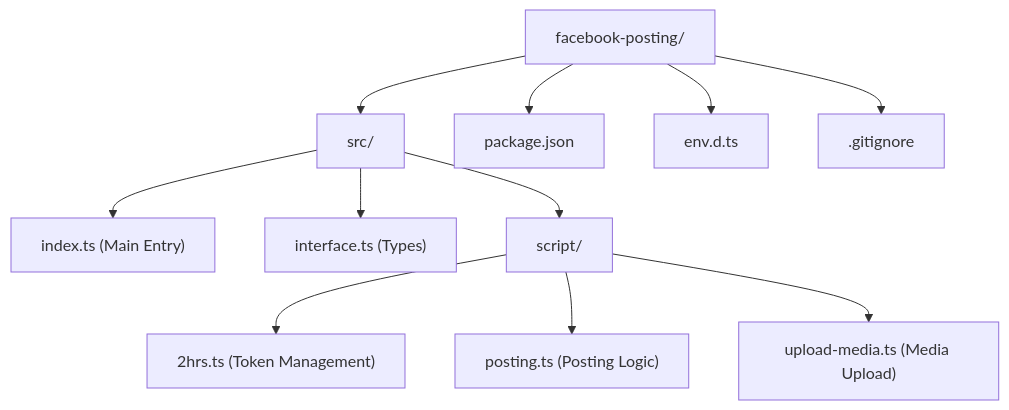
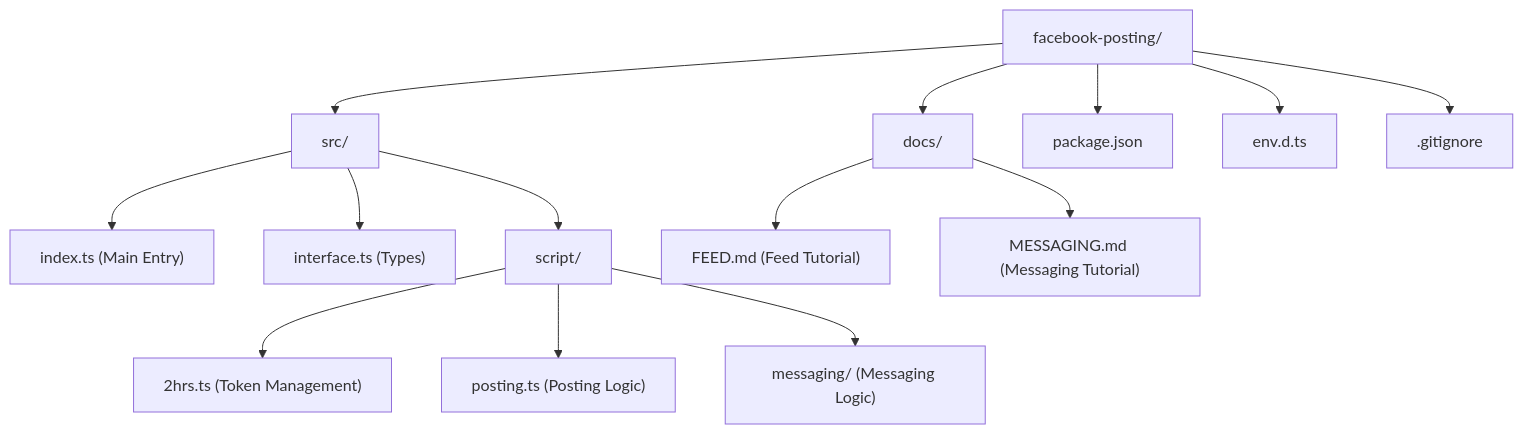
The diagram in README.md (RyannKim327/ProjectFacebook), drawn with Mermaid before and after one commit. The commit also changed other lines of this file and 6 other files, not shown here.

````diff
--- a/README.md
+++ b/README.md
@@ -11,16 +11,20 @@
 ```mermaid
 graph TD
     root["facebook-posting/"]
     root --> src["src/"]
+    root --> docs["docs/"]
     root --> package_json["package.json"]
     root --> env_d_ts["env.d.ts"]
     root --> gitignore[".gitignore"]
 
     src --> index["index.ts (Main Entry)"]
     src --> interface["interface.ts (Types)"]
     src --> script["script/"]
 
+    docs --> feed_doc["FEED.md (Feed Tutorial)"]
+    docs --> msg_doc["MESSAGING.md (Messaging Tutorial)"]
+
     script --> two_hrs["2hrs.ts (Token Management)"]
     script --> posting["posting.ts (Posting Logic)"]
-    script --> upload_media["upload-media.ts (Media Upload)"]
+    script --> messaging["messaging/ (Messaging Logic)"]
 ```
````
